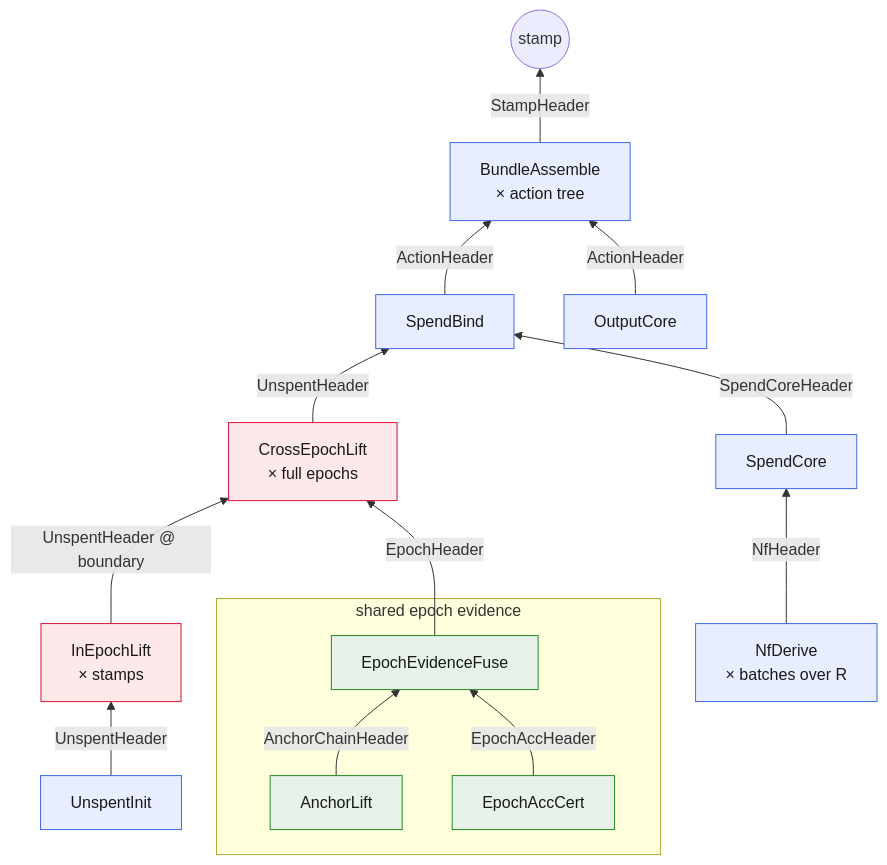
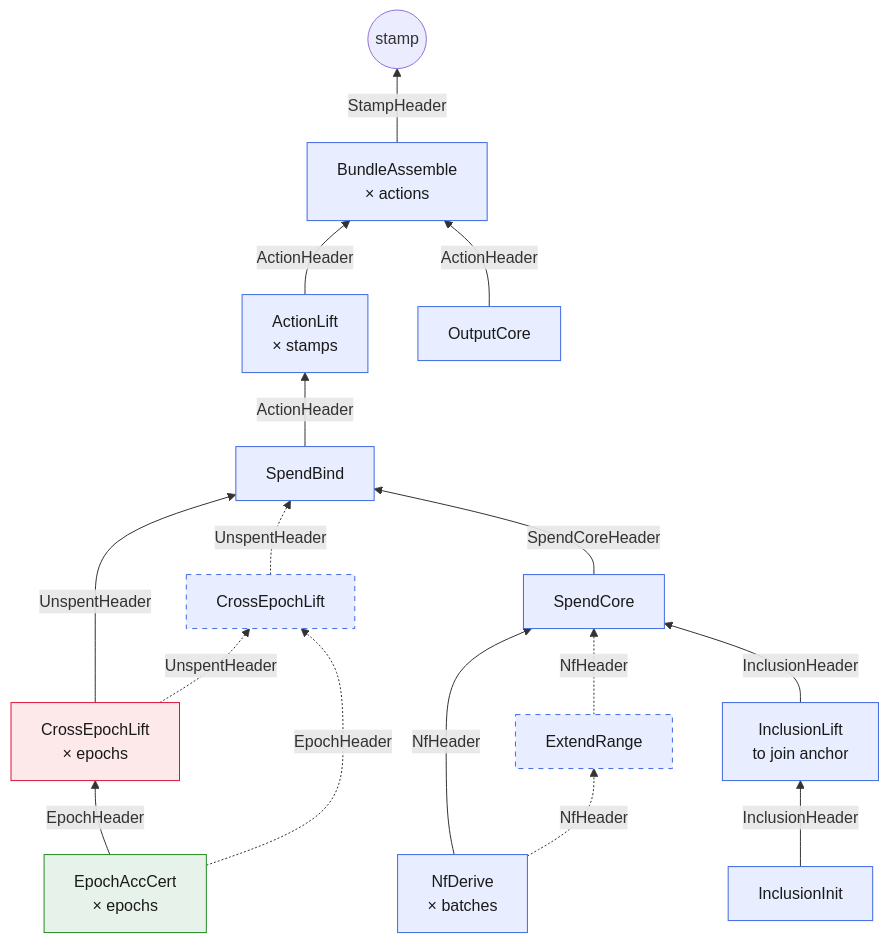
One commit to alxiong/tachyon changed the first of 2 diagrams in book/src/revisit.md. Above: the diagram before and after it, drawn with Mermaid. The commit also changed other lines of this file and 6 other files, not shown here.

````diff
--- a/book/src/revisit.md
+++ b/book/src/revisit.md
@@ -1604,35 +1608,40 @@
 ```mermaid
 flowchart BT
   classDef u fill:#e8eeff,stroke:#4169E1,color:#1a1a1a;
   classDef o fill:#fde8ea,stroke:#DC143C,color:#1a1a1a;
   classDef s fill:#e7f3ea,stroke:#228B22,color:#1a1a1a;
+  classDef optional fill:#e8eeff,stroke:#4169E1,color:#1a1a1a,stroke-dasharray:5 5;
 
-  subgraph shared [shared epoch evidence]
-    alift[AnchorLift]:::s
-    eacc[EpochAccCert]:::s
-    efuse[EpochEvidenceFuse]:::s
-    alift -->|AnchorChainHeader| efuse
-    eacc -->|EpochAccHeader| efuse
-  end
+  eacc["EpochAccCert<br/>× epochs"]:::s
 
-  nfderive["NfDerive<br/>× batches over R"]:::u
+  nfderive["NfDerive<br/>× batches"]:::u
+  extend[ExtendRange]:::optional
+  uinit[InclusionInit]:::u
+  ilift["InclusionLift<br/>to join anchor"]:::u
   score[SpendCore]:::u
-  uinit[UnspentInit]:::u
-  inlift["InEpochLift<br/>× stamps"]:::o
-  ulift["CrossEpochLift<br/>× full epochs"]:::o
+  xoss["CrossEpochLift<br/>× epochs"]:::o
+  xextend["CrossEpochLift<br/>"]:::optional
   sbind[SpendBind]:::u
+  alift["ActionLift<br/>× stamps"]:::u
   ocore[OutputCore]:::u
-  bmerge["BundleAssemble<br/>× action tree"]:::u
+  bmerge["BundleAssemble<br/>× actions"]:::u
   stamp((stamp))
 
   nfderive -->|NfHeader| score
-  uinit -->|UnspentHeader| inlift
-  inlift -->|"UnspentHeader @ boundary"| ulift
-  efuse -->|EpochHeader| ulift
-  ulift -->|UnspentHeader| sbind
+  nfderive -.->|NfHeader| extend
+  extend -.->|NfHeader| score
+  uinit -->|InclusionHeader| ilift
+  ilift -->|InclusionHeader| score
+
+  eacc -->|EpochHeader| xoss
+  xoss -->|UnspentHeader| sbind
+  xoss -.->|UnspentHeader| xextend
+  eacc -.->|EpochHeader| xextend
+  xextend -.->|UnspentHeader| sbind
   score -->|SpendCoreHeader| sbind
 
-  sbind -->|ActionHeader| bmerge
+  sbind -->|ActionHeader| alift
+  alift -->|ActionHeader| bmerge
   ocore -->|ActionHeader| bmerge
   bmerge -->|StampHeader| stamp
 ```
````
